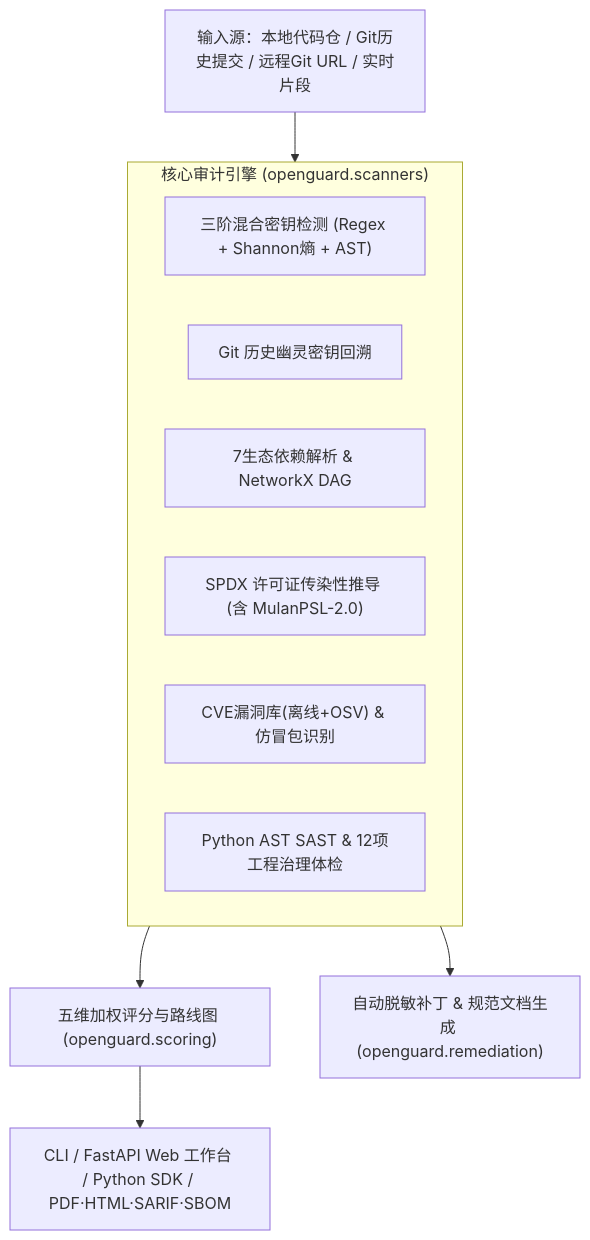
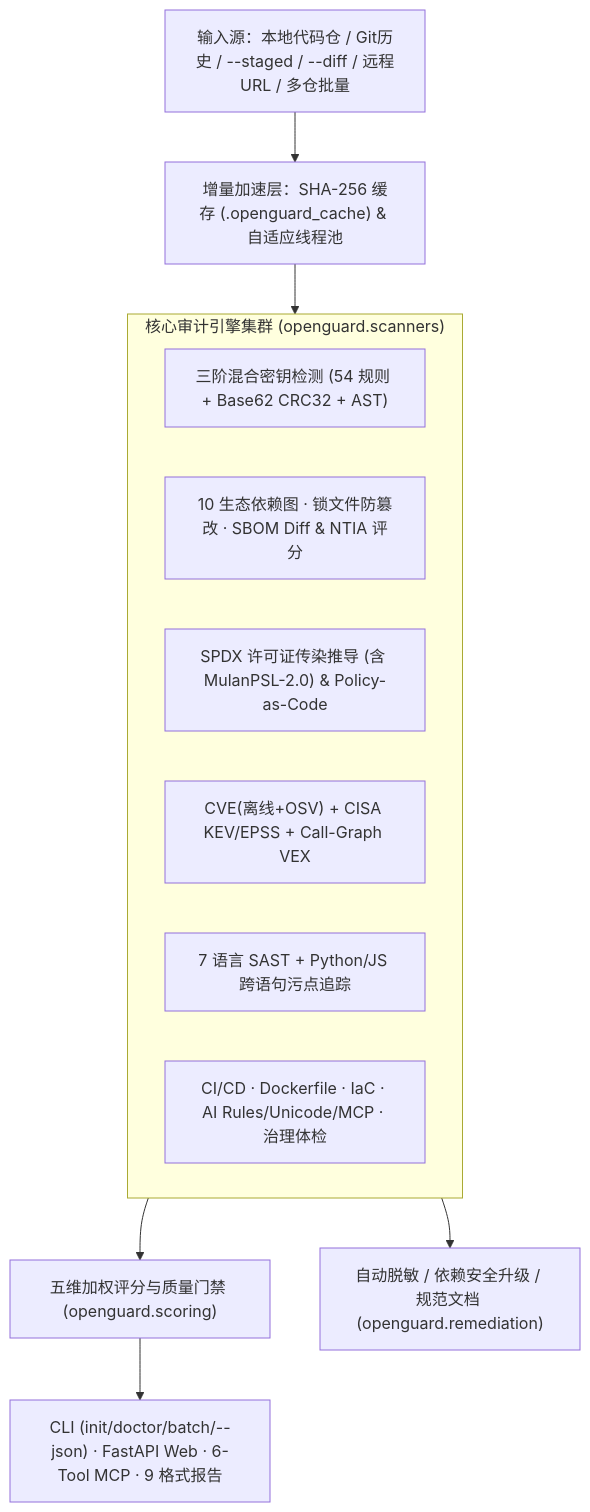
Before and after one commit to YunHai121/OpenGuard: the diagram in README.md, drawn with Mermaid. The commit also changed other lines of this file and 7 other files, not shown here.

````diff
--- a/README.md
+++ b/README.md
@@ -49,15 +51,16 @@
 ```mermaid
 flowchart TD
-    Input["输入源：本地代码仓 / Git历史提交 / 远程Git URL / 实时片段"] --> Engines
-    subgraph Engines["核心审计引擎 (openguard.scanners)"]
-        S1["三阶混合密钥检测 (Regex + Shannon熵 + AST)"]
-        S2["Git 历史幽灵密钥回溯"]
-        S3["7生态依赖解析 & NetworkX DAG"]
-        S4["SPDX 许可证传染性推导 (含 MulanPSL-2.0)"]
-        S5["CVE漏洞库(离线+OSV) & 仿冒包识别"]
-        S6["Python AST SAST & 12项工程治理体检"]
+    Input["输入源：本地代码仓 / Git历史 / --staged / --diff / 远程URL / 多仓批量"] --> Cache["增量加速层：SHA-256 缓存 (.openguard_cache) & 自适应线程池"]
+    Cache --> Engines
+    subgraph Engines["核心审计引擎集群 (openguard.scanners)"]
+        S1["三阶混合密钥检测 (54 规则 + Base62 CRC32 + AST)"]
+        S2["10 生态依赖图 · 锁文件防篡改 · SBOM Diff & NTIA 评分"]
+        S3["SPDX 许可证传染推导 (含 MulanPSL-2.0) & Policy-as-Code"]
+        S4["CVE(离线+OSV) + CISA KEV/EPSS + Call-Graph VEX"]
+        S5["7 语言 SAST + Python/JS 跨语句污点追踪"]
+        S6["CI/CD · Dockerfile · IaC · AI Rules/Unicode/MCP · 治理体检"]
     end
-    Engines --> Scoring["五维加权评分与路线图 (openguard.scoring)"]
-    Engines --> Remediate["自动脱敏补丁 & 规范文档生成 (openguard.remediation)"]
-    Scoring --> Deliver["CLI / FastAPI Web 工作台 / Python SDK / PDF·HTML·SARIF·SBOM"]
+    Engines --> Scoring["五维加权评分与质量门禁 (openguard.scoring)"]
+    Engines --> Remediate["自动脱敏 / 依赖安全升级 / 规范文档 (openguard.remediation)"]
+    Scoring --> Deliver["CLI (init/doctor/batch/--json) · FastAPI Web · 6-Tool MCP · 9 格式报告"]
 ```
````
